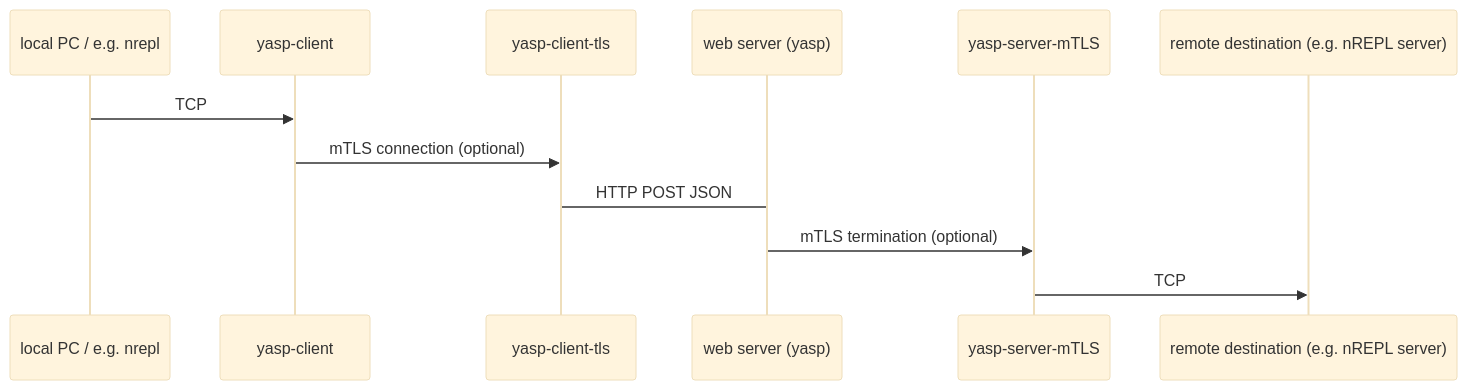
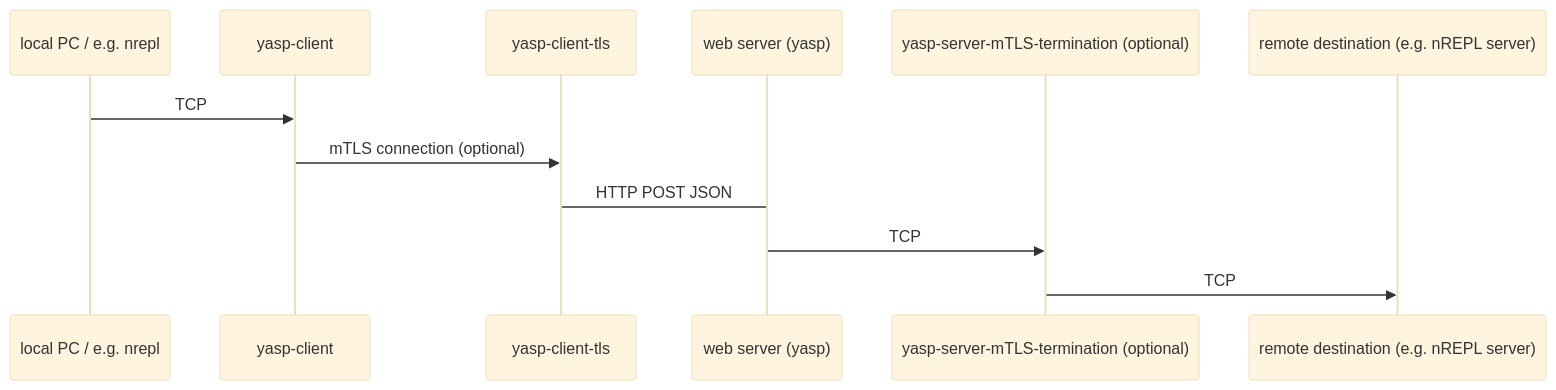
Before and after one commit to ivarref/base64-pump: the diagram in README.md, drawn with Mermaid (base theme).

````diff
--- a/README.md
+++ b/README.md
@@ -13,8 +13,8 @@
 ```mermaid
 sequenceDiagram
     local PC / e.g. nrepl->>yasp-client: TCP
     yasp-client->>yasp-client-tls: mTLS connection (optional)
     yasp-client-tls->web server (yasp): HTTP POST JSON
-    web server (yasp)->>yasp-server-mTLS: mTLS termination (optional)
-    yasp-server-mTLS->>remote destination (e.g. nREPL server): TCP
+    web server (yasp)->>yasp-server-mTLS-termination (optional): TCP
+    yasp-server-mTLS-termination (optional)->>remote destination (e.g. nREPL server): TCP
 ```
````
